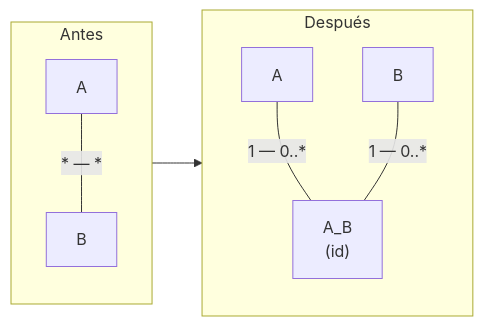
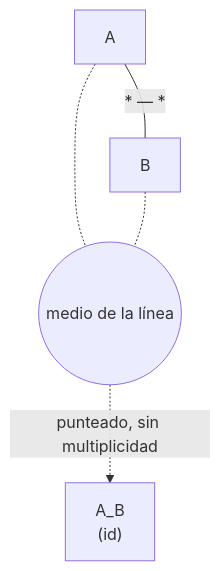
The third of 9 diagrams in docs/puds/03-diseno.md (Gris999/Diagramador_UML_Examen2), drawn with Mermaid before and after one commit. The commit also changed other lines of this file and 12 other files, not shown here.

````diff
--- a/docs/puds/03-diseno.md
+++ b/docs/puds/03-diseno.md
@@ -127,11 +127,7 @@
 ```mermaid
-flowchart LR
-  subgraph Antes
-    A1[A] -- "* — *" --- B1[B]
-  end
-  subgraph Después
-    A2[A] -- "1 — 0..*" --- J["A_B<br/>(id)"]
-    B2[B] -- "1 — 0..*" --- J
-  end
-  Antes --> Después
+flowchart TB
+  A["A"] -- "* — *" --- B["B"]
+  A -.- M(("medio de la línea"))
+  B -.- M
+  M -. "punteado, sin multiplicidad" .-> J["A_B<br/>(id)"]
 ```
````
